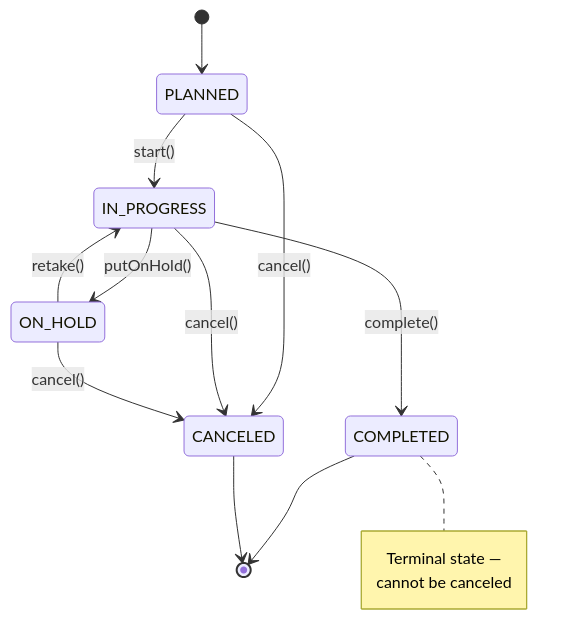
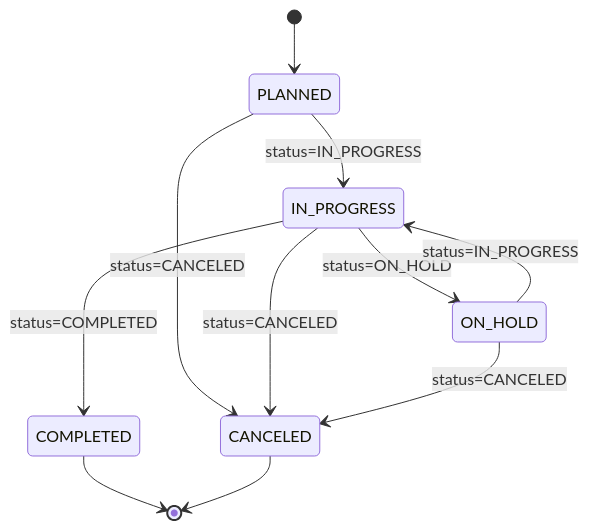
Before and after one commit to Plataforma-Universidade-Gratuita/pug-docs: the seventh of 9 diagrams in pug-service/m-project/README.md, drawn with Mermaid. The commit also changed other lines of this file and 6 other files, not shown here.

````diff
--- a/pug-service/m-project/README.md
+++ b/pug-service/m-project/README.md
@@ -247,19 +249,14 @@
 ```mermaid
 stateDiagram-v2
     [*] --> PLANNED
-    PLANNED --> IN_PROGRESS : start()
-    IN_PROGRESS --> ON_HOLD : putOnHold()
-    ON_HOLD --> IN_PROGRESS : retake()
-    IN_PROGRESS --> COMPLETED : complete()
-    PLANNED --> CANCELED : cancel()
-    IN_PROGRESS --> CANCELED : cancel()
-    ON_HOLD --> CANCELED : cancel()
+    PLANNED --> IN_PROGRESS : status=IN_PROGRESS
+    PLANNED --> CANCELED : status=CANCELED
+    IN_PROGRESS --> ON_HOLD : status=ON_HOLD
+    IN_PROGRESS --> COMPLETED : status=COMPLETED
+    IN_PROGRESS --> CANCELED : status=CANCELED
+    ON_HOLD --> IN_PROGRESS : status=IN_PROGRESS
+    ON_HOLD --> CANCELED : status=CANCELED
 
     COMPLETED --> [*]
     CANCELED --> [*]
-
-    note right of COMPLETED
-        Terminal state —
-        cannot be canceled
-    end note
 ```
````
